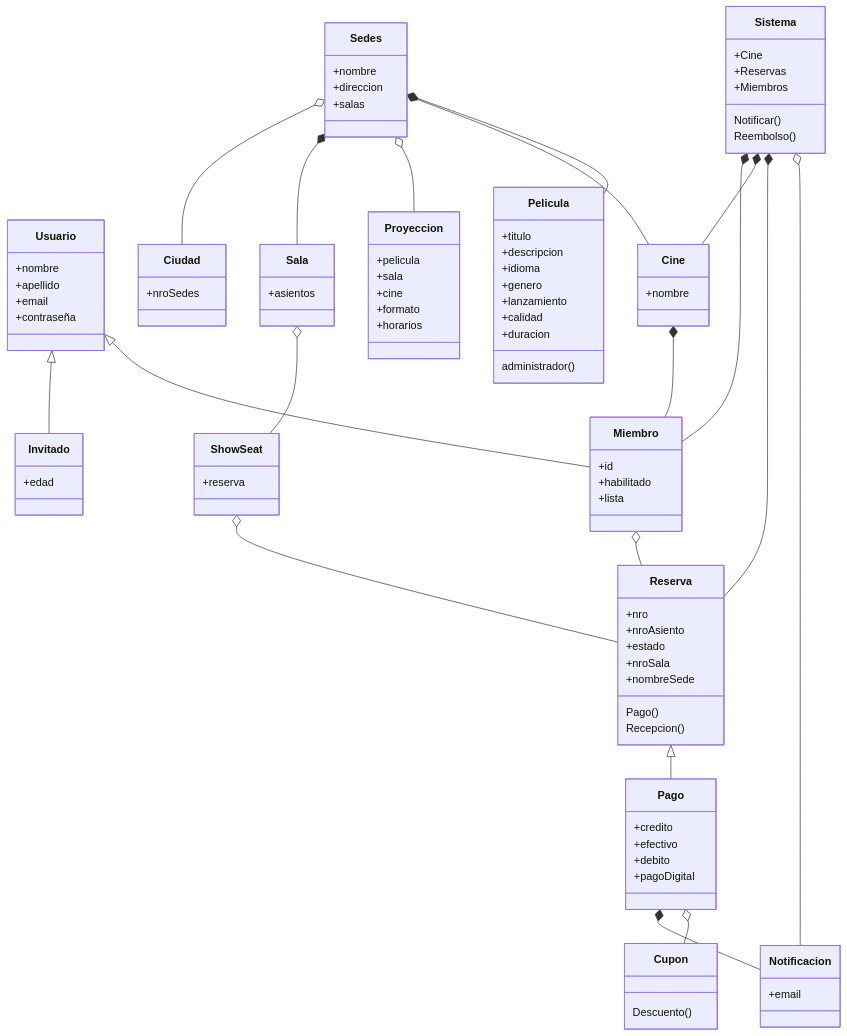
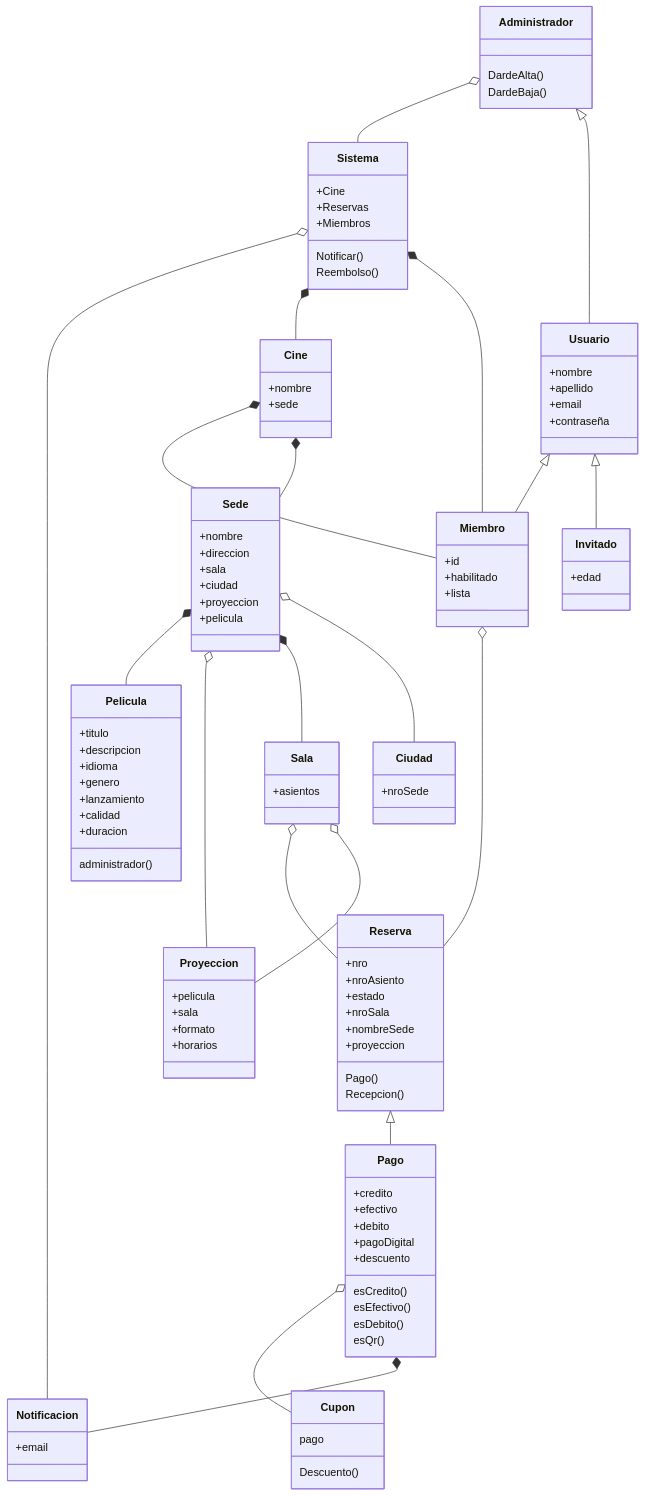
Before and after one commit to quirogapabon11/Cine: the diagram in doc/diagrama.mmd, drawn with Mermaid.

Commit message:
Diagram.
Cambios en las entidades y las relaciones.
Creacion de la clase Administrador
Eliminacioon de Cine en proyeccion
ETC.

```diff
--- a/doc/diagrama.mmd
+++ b/doc/diagrama.mmd
@@ -1,107 +1,122 @@
 classDiagram
 
 class Miembro
 Miembro: +id
 Miembro: +habilitado
 Miembro: +lista  
 
 Miembro o-- Reserva
 Reserva <|-- Pago
 
 class Usuario
 Usuario: +nombre
 Usuario: +apellido
 Usuario: +email
 Usuario: +contraseña
 
 Usuario <|-- Miembro
 Usuario <|-- Invitado
 
 class Invitado
 Invitado: +edad
 
 class Cine
 Cine: +nombre
+Cine: +sede
 
-Sedes *-- Pelicula
+Sede *-- Pelicula
 Cine *-- Miembro
 
-class Sedes
-Sedes: +nombre
-Sedes: +direccion
-Sedes: +salas
-Sedes *-- Cine
+class Sede
+Sede: +nombre
+Sede: +direccion
+Sede: +sala
+Sede: +ciudad
+Sede: +proyeccion
+Sede: +pelicula
+Cine *-- Sede
 
 
 class Ciudad
-Ciudad: +nroSedes
+Ciudad: +nroSede
 
 class Pelicula 
 Pelicula: +titulo
 Pelicula: +descripcion
 Pelicula: +idioma
 Pelicula: +genero
 Pelicula: +lanzamiento
 Pelicula: +calidad
 Pelicula: +duracion
 Pelicula: administrador()
 
 
-Sedes o-- Proyeccion
+Sede o-- Proyeccion
 
-Sedes *-- Sala
+Sede *-- Sala
 
-Sala o-- ShowSeat
-Sedes o-- Ciudad
+Sala o-- Reserva
+Sala o-- Proyeccion
+Sede o-- Ciudad
 
 class Proyeccion
 Proyeccion: +pelicula
 Proyeccion: +sala
-Proyeccion: +cine
 Proyeccion: +formato
 Proyeccion: +horarios
 
 class Sala
 Sala: +asientos
 
 
-class ShowSeat
-ShowSeat: +reserva
-ShowSeat o-- Reserva
+
 
 class Reserva
 Reserva: +nro
 Reserva: +nroAsiento
 Reserva: +estado
 Reserva: +nroSala
 Reserva: +nombreSede
+Reserva: +proyeccion
 Reserva: Pago()
 Reserva: Recepcion()
 
 class Sistema
 Sistema: Notificar()
 Sistema: +Cine
 Sistema: +Reservas
 Sistema: +Miembros
 Sistema: Reembolso()
 
 Sistema o-- Notificacion
-Sistema *-- Reserva
 Sistema *-- Cine
 Sistema *-- Miembro
 
 class Pago
 Pago: +credito
 Pago: +efectivo
 Pago: +debito
 Pago: +pagoDigital
+Pago: +descuento
+Pago: esCredito() 
+Pago: esEfectivo()
+Pago: esDebito()
+Pago: esQr()
+
 
 class Cupon
 Cupon: Descuento()
+Cupon: pago
 Pago o-- Cupon
 
 
 Pago *-- Notificacion
 
 class Notificacion
 Notificacion: +email
+
+class Administrador
+Administrador: DardeAlta()
+Administrador: DardeBaja()
+Administrador o-- Sistema
+Administrador <|-- Usuario
```
